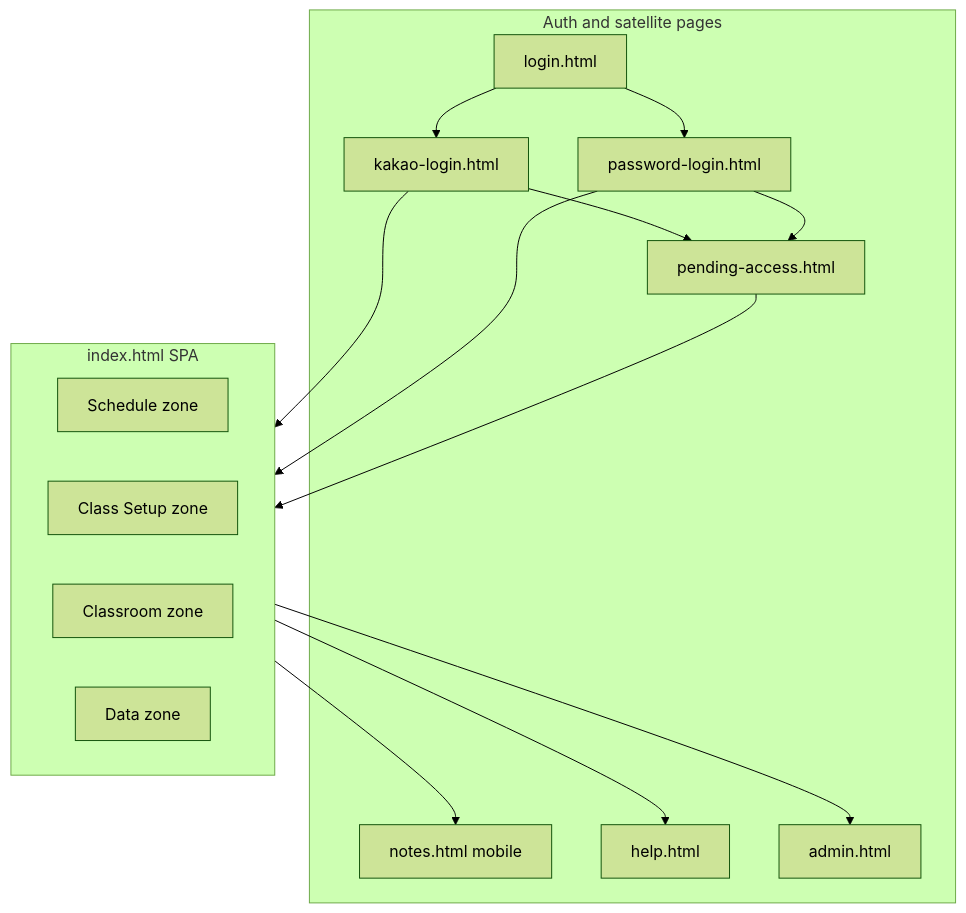
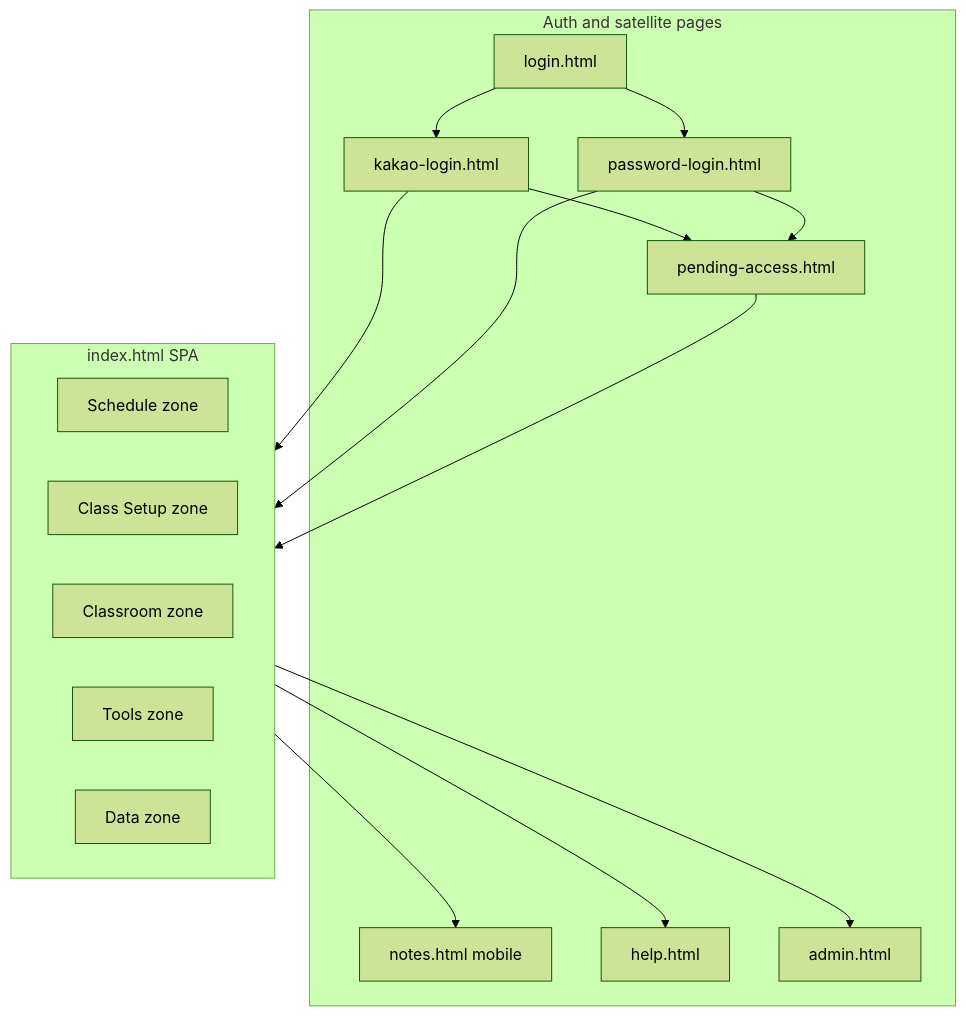
One commit to nathanksimpson/classcalendarmultiuser changed the first of 2 diagrams in CLAUDE_DESIGN_SCENES.md. Above: the diagram before and after it, drawn with Mermaid (forest theme). The commit also changed other lines of this file and 49 other files, not shown here.

````diff
--- a/CLAUDE_DESIGN_SCENES.md
+++ b/CLAUDE_DESIGN_SCENES.md
@@ -46,28 +46,29 @@
 ```mermaid
 flowchart TB
     subgraph auth [Auth and satellite pages]
         login[login.html]
         kakao[kakao-login.html]
         pwd[password-login.html]
         pending[pending-access.html]
         notesPage[notes.html mobile]
         help[help.html]
         admin[admin.html]
     end
     subgraph spa [index.html SPA]
         schedule[Schedule zone]
         classSetup[Class Setup zone]
         classroom[Classroom zone]
+        toolsZone[Tools zone]
         dataZone[Data zone]
     end
     login --> kakao
     login --> pwd
     kakao --> spa
     pwd --> spa
     kakao --> pending
     pwd --> pending
     pending --> spa
     spa --> notesPage
     spa --> help
     spa --> admin
 ```
````
